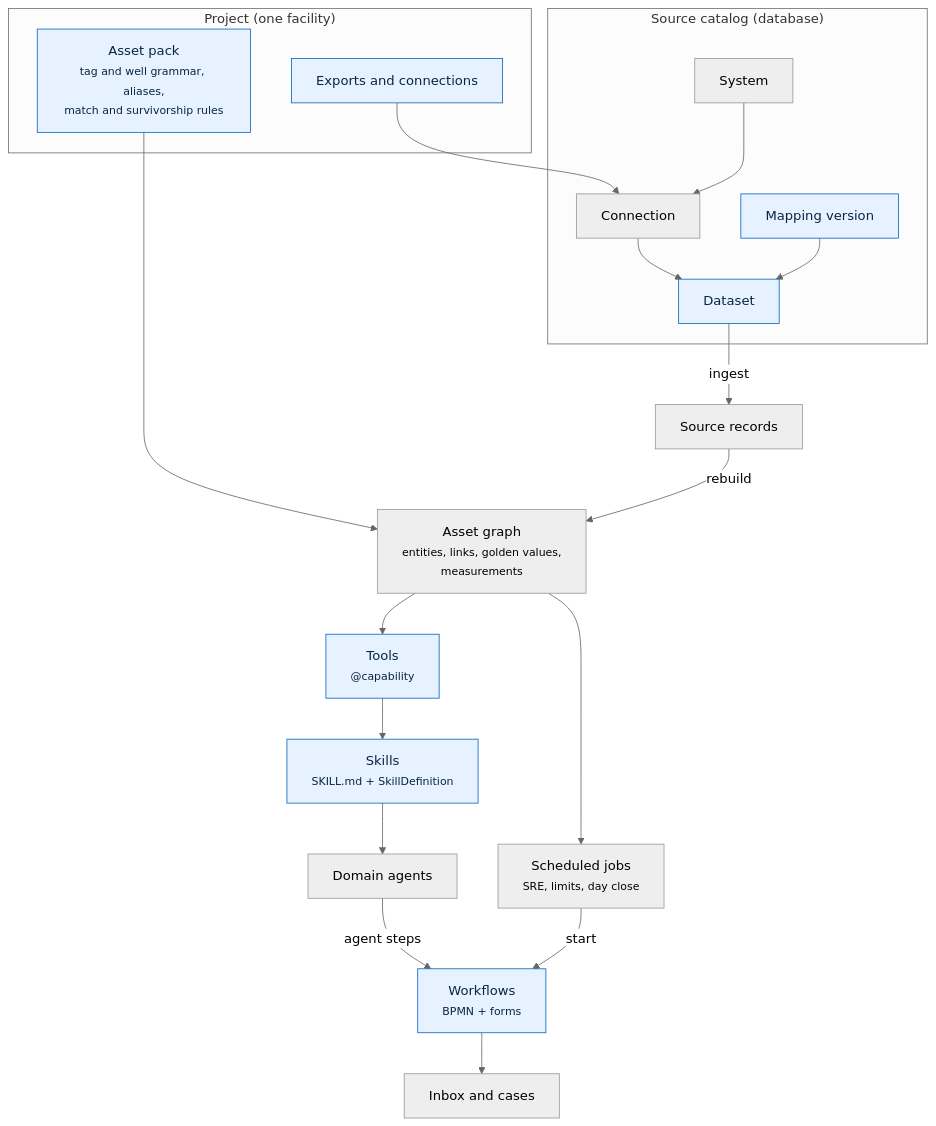
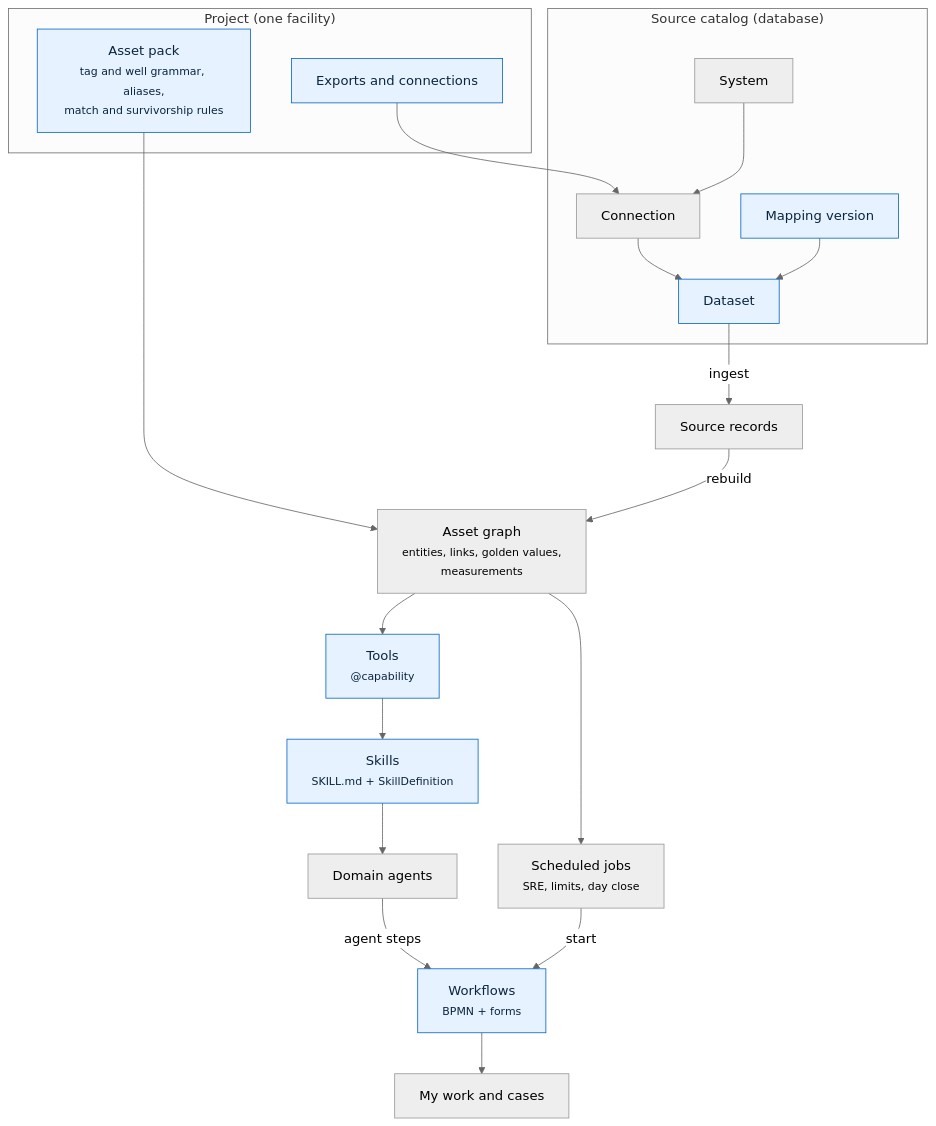
One commit to areed145/fuzer changed the first of 3 diagrams in docs/extend.md. Above: the diagram before and after it, drawn with Mermaid (neutral theme). The commit also changed other lines of this file and 60 other files, not shown here.

````diff
--- a/docs/extend.md
+++ b/docs/extend.md
@@ -16,23 +16,23 @@
 ```mermaid
 flowchart TB
   subgraph project["Project (one facility)"]
     pack["Asset pack<br><small>tag and well grammar, aliases,<br>match and survivorship rules</small>"]
     data["Exports and connections"]
   end
   subgraph catalog["Source catalog (database)"]
     sys["System"] --> conn["Connection"] --> ds["Dataset"]
     map["Mapping version"] --> ds
   end
   data --> conn
   pack --> ag
   ds -->|ingest| rec["Source records"] -->|rebuild| ag["Asset graph<br><small>entities, links, golden values,<br>measurements</small>"]
   ag --> tools["Tools<br><small>@capability</small>"]
   tools --> skills["Skills<br><small>SKILL.md + SkillDefinition</small>"]
   skills --> agents["Domain agents"]
   ag --> jobs["Scheduled jobs<br><small>SRE, limits, day close</small>"]
   jobs -->|start| wf["Workflows<br><small>BPMN + forms</small>"]
   agents -->|agent steps| wf
-  wf --> people["Inbox and cases"]
+  wf --> people["My work and cases"]
   classDef ext fill:#e6f2ff,stroke:#0b66c3,color:#0b2540;
   class pack,data,map,ds,skills,tools,wf ext;
 ```
````
